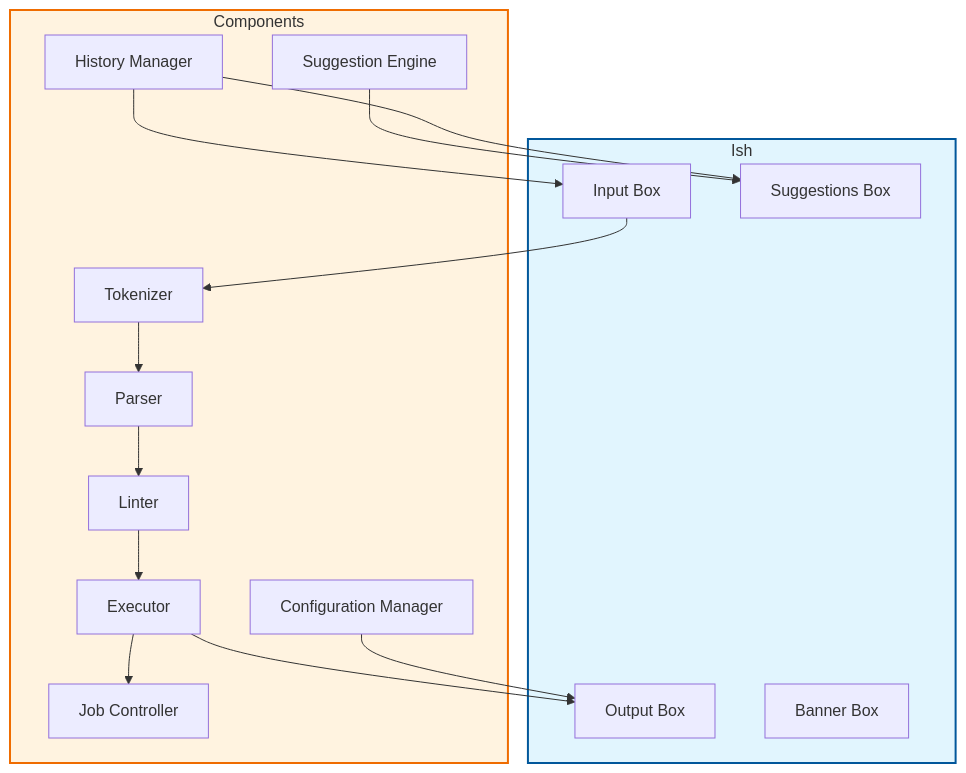
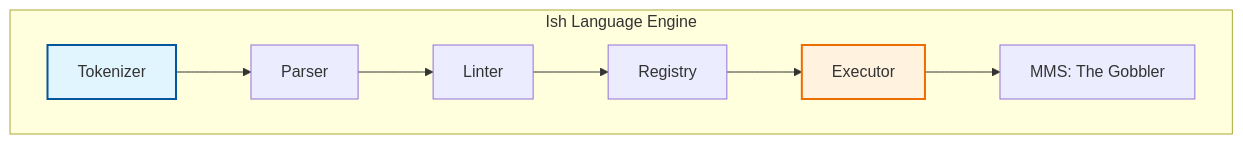
Before and after one commit to patrickcortez/Ish: the diagram in Readme.md, drawn with Mermaid. The commit also changed other lines of this file and 28 other files, not shown here.

````diff
--- a/Readme.md
+++ b/Readme.md
@@ -72,35 +42,20 @@
 ```mermaid
 graph TD
-    subgraph "Ish"
-        Input[Input Box]
-        Output[Output Box]
-        Suggestions[Suggestions Box]
-        Banner[Banner Box]
-    end
-    
-    subgraph "Components"
+    subgraph "Ish Language Engine"
         Tokenizer[Tokenizer]
         Parser[Parser]
         Linter[Linter]
+        Registry[Registry]
         Executor[Executor]
-        History[History Manager]
-        SuggestionEngine[Suggestion Engine]
-        JobController[Job Controller]
-        Config[Configuration Manager]
+        Gobbler[MMS: The Gobbler]
     end
     
-    Input --> Tokenizer
     Tokenizer --> Parser
     Parser --> Linter
-    Linter --> Executor
-    Executor --> Output
-    Executor --> JobController
-    SuggestionEngine --> Suggestions
-    Config --> Output
-    History --> Input
-    History --> Suggestions
+    Linter --> Registry
+    Registry --> Executor
+    Executor --> Gobbler
     
-    style Ish fill:#e1f5fe,stroke:#01579b,stroke-width:2px
-    style Components fill:#fff3e0,stroke:#ef6c00,stroke-width:2px
-
+    style Tokenizer fill:#e1f5fe,stroke:#01579b,stroke-width:2px
+    style Executor fill:#fff3e0,stroke:#ef6c00,stroke-width:2px
 ```
````
